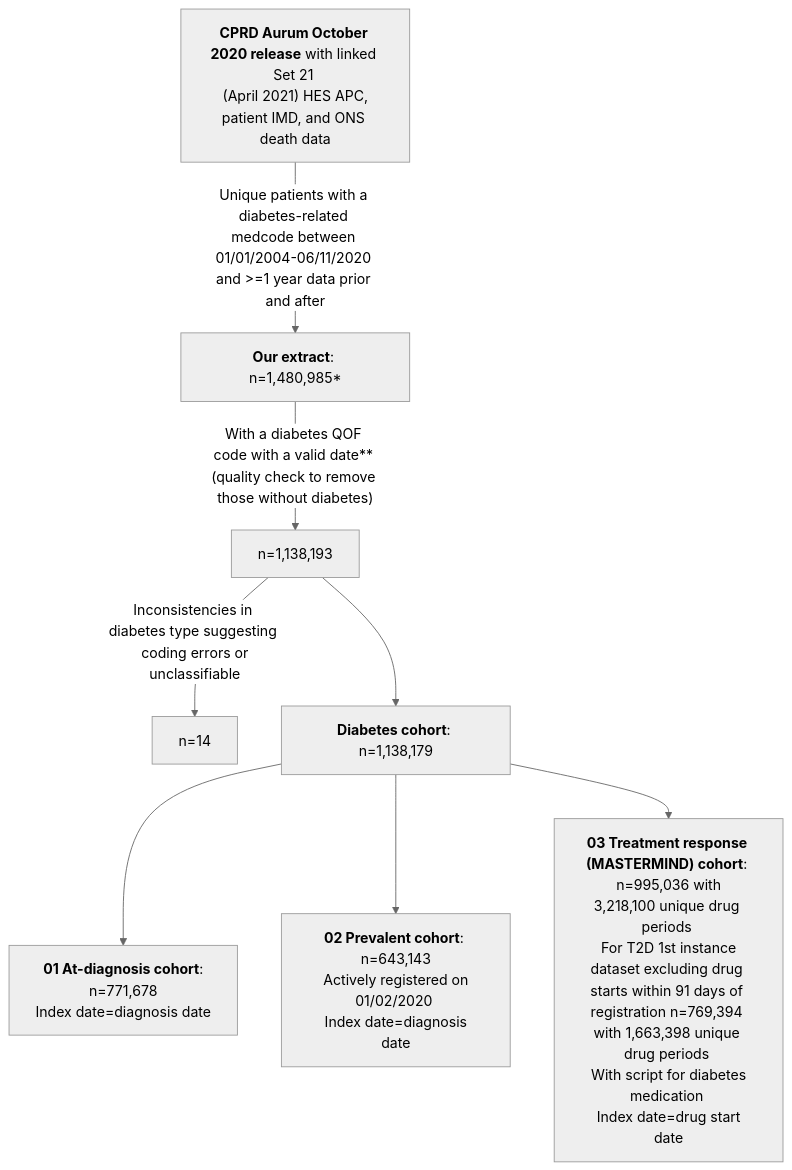
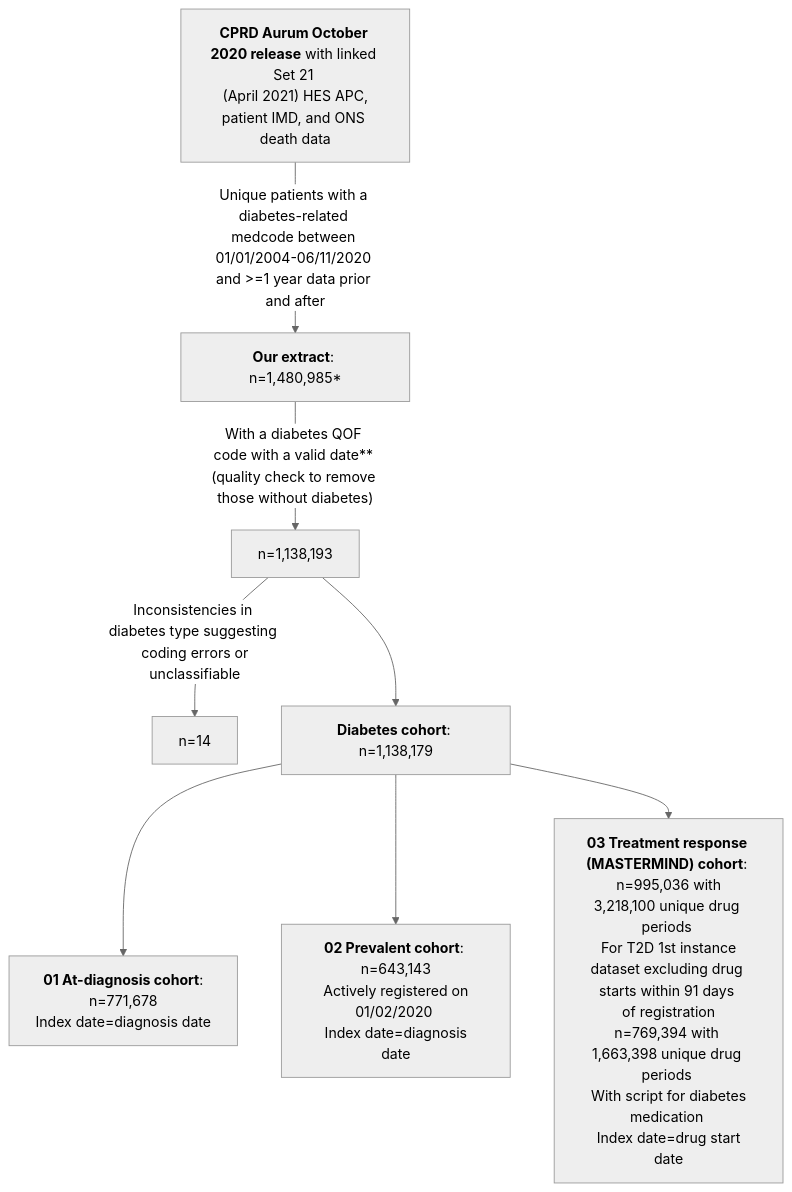
One commit to Exeter-Diabetes/CPRD-Cohort-scripts changed the first of 2 diagrams in README.md. Above: the diagram before and after it, drawn with Mermaid (neutral theme).

````diff
--- a/README.md
+++ b/README.md
@@ -12,10 +12,10 @@
 ```mermaid
 graph TD;
     A["<b>CPRD Aurum October 2020 release</b> with linked Set 21 <br> (April 2021) HES APC, patient IMD, and ONS death data"] --> |"Unique patients with a diabetes-related medcode between 01/01/2004-06/11/2020 and >=1 year data prior and after"| B["<b>Our extract</b>: n=1,480,985*"]
     B -->|"With a diabetes QOF code with a valid date** (quality check to remove those without diabetes)"|C["n=1,138,193"]
     C --> |"Inconsistencies in diabetes type suggesting <br> coding errors or unclassifiable"|D["n=14"]
     C --> E["<b>Diabetes cohort</b>: n=1,138,179"]
     E --> F["<b>01 At-diagnosis cohort</b>: <br> n=771,678 <br> Index date=diagnosis date"]
     E --> G["<b>02 Prevalent cohort</b>: <br> n=643,143 <br> Actively registered on 01/02/2020 <br> Index date=diagnosis date"]
-    E --> H["<b>03 Treatment response (MASTERMIND) cohort</b>: <br> n=995,036 with 3,218,100 unique drug periods <br> For T2D 1st instance dataset excluding drug starts within 91 days of registration n=769,394 with 1,663,398 unique drug periods <br> With script for diabetes medication <br> Index date=drug start date"]
+    E --> H["<b>03 Treatment response (MASTERMIND) cohort</b>: <br> n=995,036 with 3,218,100 unique drug periods <br> For T2D 1st instance dataset excluding drug starts within 91 days <br> of registration n=769,394 with 1,663,398 unique drug periods <br> With script for diabetes medication <br> Index date=drug start date"]
 ```
````
